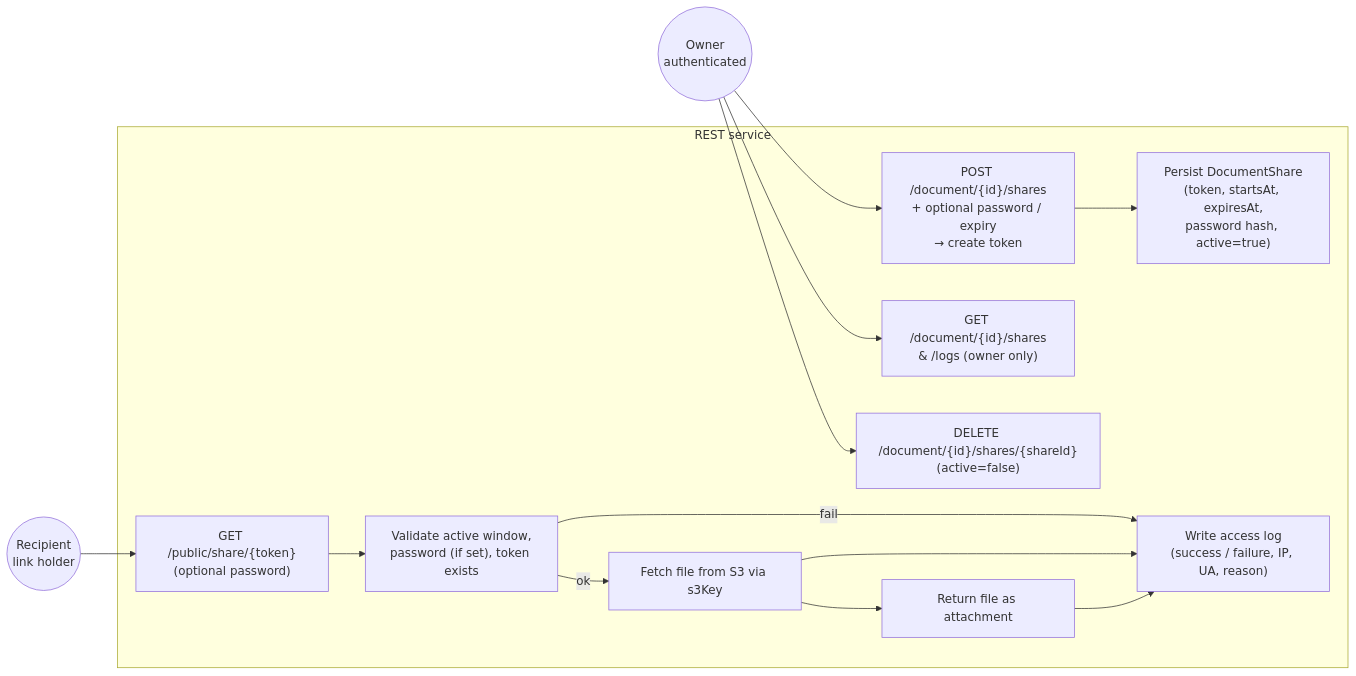
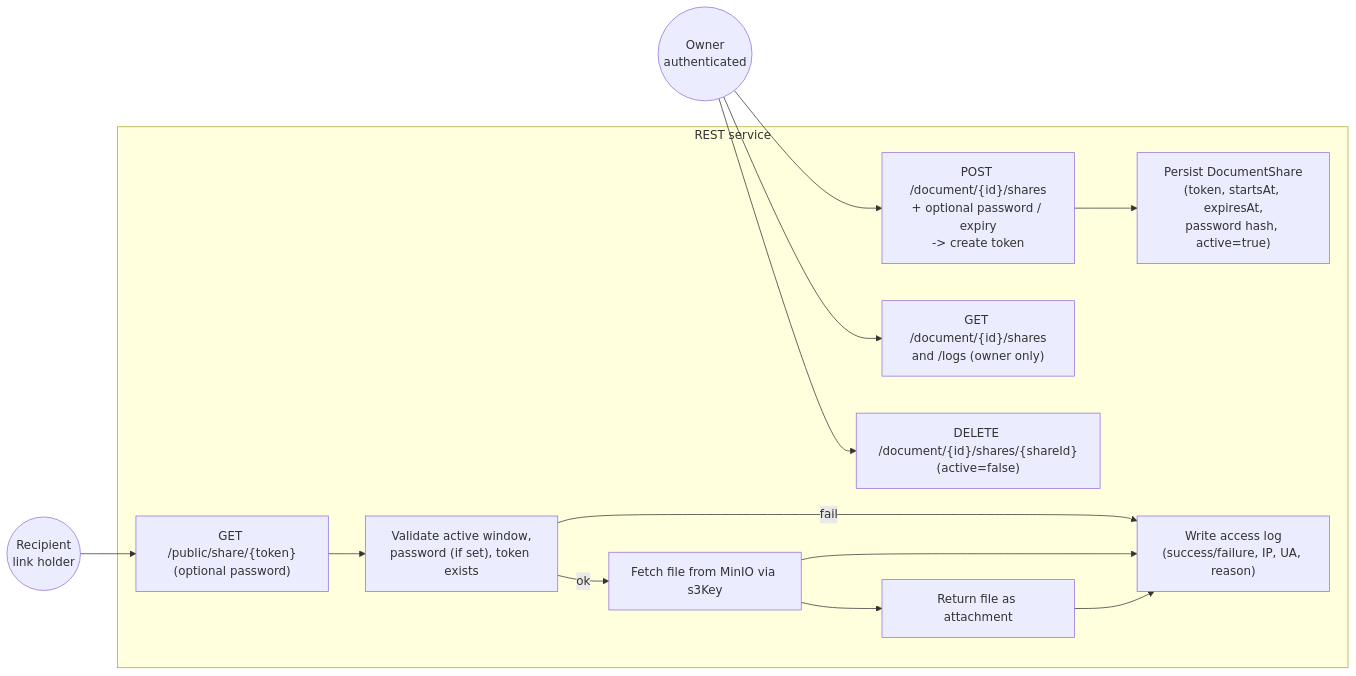
One commit to fabio-anzola/swen3-paperless changed the diagram in documentation/shareableLink.mermaid. Above: the diagram before and after it, drawn with Mermaid. The commit also changed 1 other file, not shown here.

Commit message:
Update Mermaid diagrams for shareable link and upload flows
Refined REST API endpoints, terminology, and storage references in shareableLink.mermaid and uploadDocument.mermaid diagrams. Updated S3 references to MinIO, clarified API endpoints, and improved environment variable notation for Kafka topics.

```diff
--- a/documentation/shareableLink.mermaid
+++ b/documentation/shareableLink.mermaid
@@ -1,25 +1,25 @@
 flowchart LR
   owner((Owner<br/>authenticated))
   guest((Recipient<br/>link holder))
 
   subgraph REST_API["REST service"]
-    create["POST /document/{id}/shares<br/>+ optional password / expiry<br/>→ create token"]
+    create["POST /document/{id}/shares<br/>+ optional password / expiry<br/>-> create token"]
     store["Persist DocumentShare<br/>(token, startsAt, expiresAt,<br/>password hash, active=true)"]
-    list["GET /document/{id}/shares<br/>& /logs (owner only)"]
+    list["GET /document/{id}/shares<br/>and /logs (owner only)"]
     deactivate["DELETE /document/{id}/shares/{shareId}<br/>(active=false)"]
     access["GET /public/share/{token}<br/>(optional password)"]
     validate["Validate active window,<br/>password (if set), token exists"]
-    fetch["Fetch file from S3 via s3Key"]
-    logAccess["Write access log<br/>(success / failure, IP, UA, reason)"]
+    fetch["Fetch file from MinIO via s3Key"]
+    logAccess["Write access log<br/>(success/failure, IP, UA, reason)"]
     download["Return file as attachment"]
   end
 
   owner --> create --> store
   owner --> list
   owner --> deactivate
 
   guest --> access --> validate
   validate -- ok --> fetch --> download
   validate -- fail --> logAccess
   fetch --> logAccess
   download --> logAccess
```
